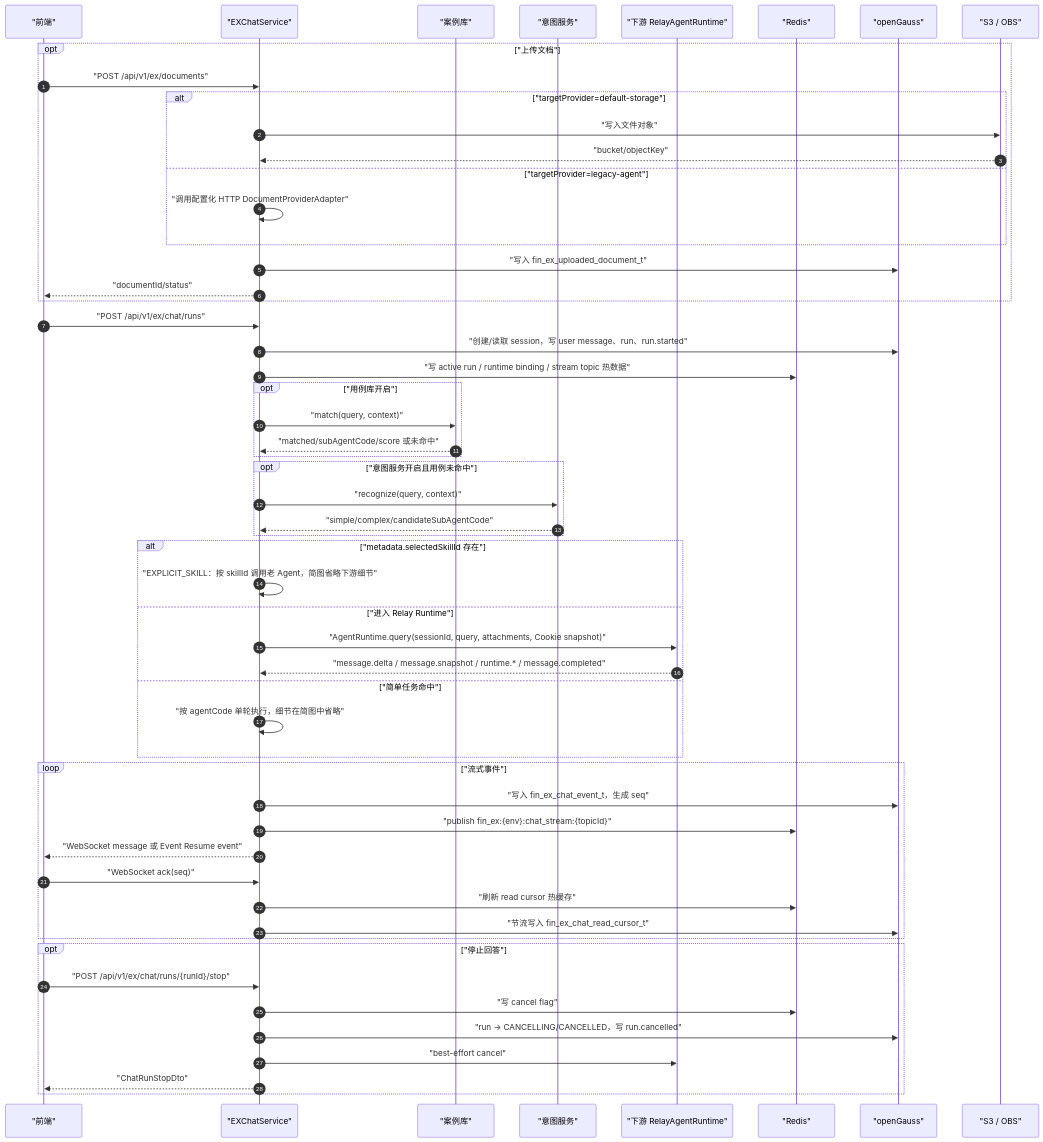
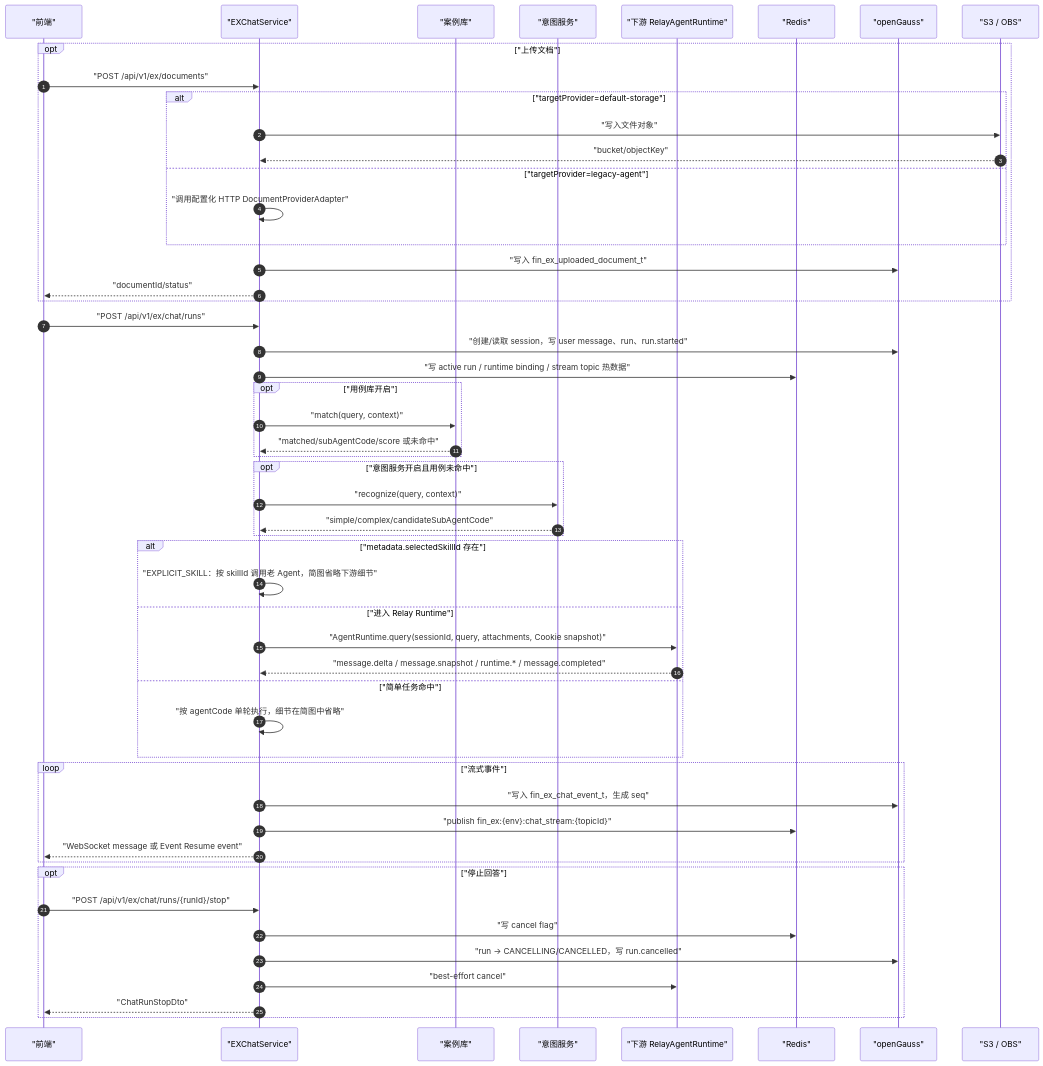
The third of 9 diagrams in docs/architecture/README.md (kunben-duck/exweb), drawn with Mermaid before and after one commit. The commit also changed other lines of this file and 54 other files, not shown here.

Commit message:
refactor: remove websocket ack cursor

````diff
--- a/docs/architecture/README.md
+++ b/docs/architecture/README.md
@@ -176,64 +169,61 @@
 ```mermaid
 sequenceDiagram
     autonumber
     participant Frontend as "前端"
     participant EX as "EXChatService"
     participant UseCase as "案例库"
     participant Intent as "意图服务"
     participant Relay as "下游 RelayAgentRuntime"
     participant Redis as "Redis"
     participant DB as "openGauss"
     participant S3 as "S3 / OBS"
 
     opt "上传文档"
         Frontend->>EX: "POST /api/v1/ex/documents"
         alt "targetProvider=default-storage"
             EX->>S3: "写入文件对象"
             S3-->>EX: "bucket/objectKey"
         else "targetProvider=legacy-agent"
             EX->>EX: "调用配置化 HTTP DocumentProviderAdapter"
         end
         EX->>DB: "写入 fin_ex_uploaded_document_t"
         EX-->>Frontend: "documentId/status"
     end
 
     Frontend->>EX: "POST /api/v1/ex/chat/runs"
     EX->>DB: "创建/读取 session，写 user message、run、run.started"
     EX->>Redis: "写 active run / runtime binding / stream topic 热数据"
 
     opt "用例库开启"
         EX->>UseCase: "match(query, context)"
         UseCase-->>EX: "matched/subAgentCode/score 或未命中"
     end
 
     opt "意图服务开启且用例未命中"
         EX->>Intent: "recognize(query, context)"
         Intent-->>EX: "simple/complex/candidateSubAgentCode"
     end
 
     alt "metadata.selectedSkillId 存在"
         EX->>EX: "EXPLICIT_SKILL：按 skillId 调用老 Agent，简图省略下游细节"
     else "进入 Relay Runtime"
         EX->>Relay: "AgentRuntime.query(sessionId, query, attachments, Cookie snapshot)"
         Relay-->>EX: "message.delta / message.snapshot / runtime.* / message.completed"
     else "简单任务命中"
         EX->>EX: "按 agentCode 单轮执行，细节在简图中省略"
     end
 
     loop "流式事件"
         EX->>DB: "写入 fin_ex_chat_event_t，生成 seq"
         EX->>Redis: "publish fin_ex:{env}:chat_stream:{topicId}"
         EX-->>Frontend: "WebSocket message 或 Event Resume event"
-        Frontend->>EX: "WebSocket ack(seq)"
-        EX->>Redis: "刷新 read cursor 热缓存"
-        EX->>DB: "节流写入 fin_ex_chat_read_cursor_t"
     end
 
     opt "停止回答"
         Frontend->>EX: "POST /api/v1/ex/chat/runs/{runId}/stop"
         EX->>Redis: "写 cancel flag"
         EX->>DB: "run -> CANCELLING/CANCELLED，写 run.cancelled"
         EX->>Relay: "best-effort cancel"
         EX-->>Frontend: "ChatRunStopDto"
     end
 ```
````
